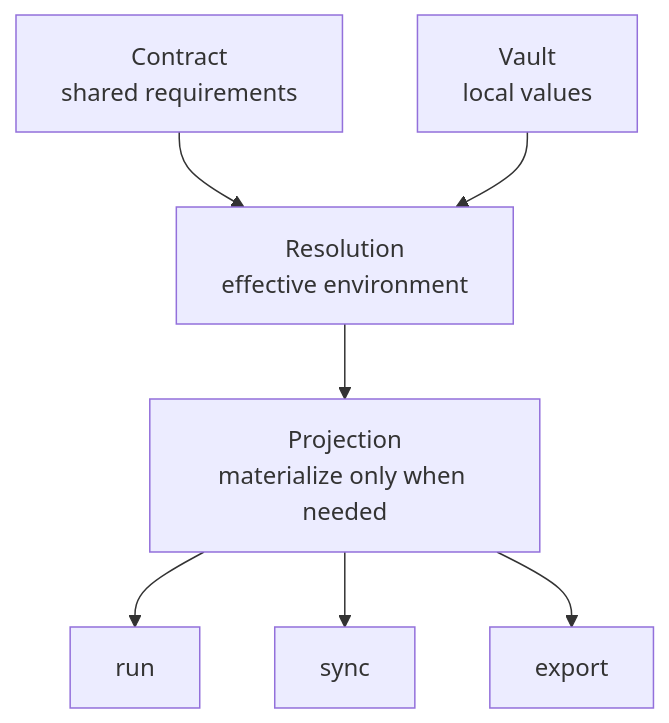
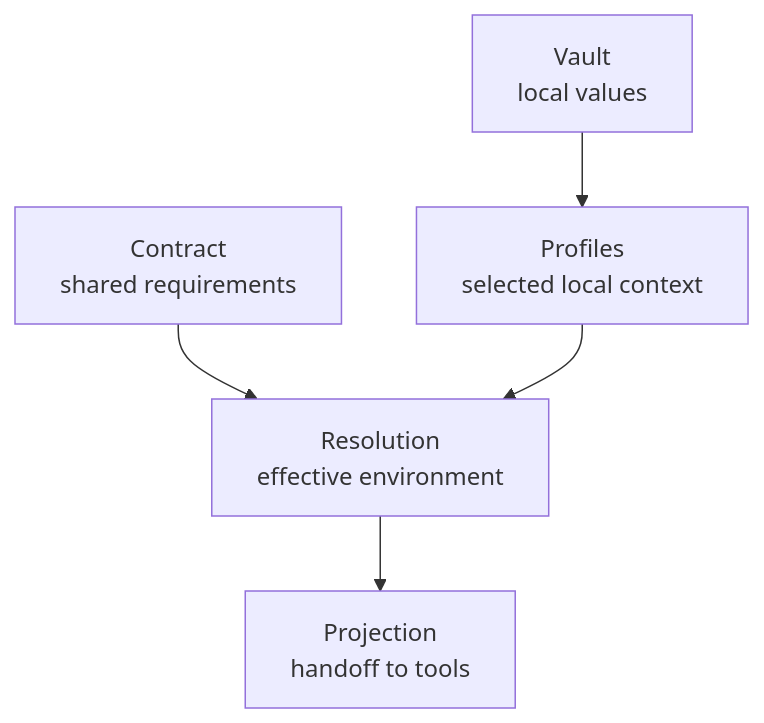
The diagram in docs/concepts/index.md (labrynx/envctl), drawn with Mermaid before and after one commit. The commit also changed other lines of this file and 30 other files, not shown here.

````diff
--- a/docs/concepts/index.md
+++ b/docs/concepts/index.md
@@ -72,17 +24,13 @@
 ```mermaid
 flowchart TD
     contract["Contract<br/>shared requirements"]
     vault["Vault<br/>local values"]
+    profiles["Profiles<br/>selected local context"]
     resolution["Resolution<br/>effective environment"]
-    projection["Projection<br/>materialize only when needed"]
-    run["run"]
-    sync["sync"]
-    export["export"]
+    projection["Projection<br/>handoff to tools"]
 
     contract --> resolution
-    vault --> resolution
+    vault --> profiles
+    profiles --> resolution
     resolution --> projection
-    projection --> run
-    projection --> sync
-    projection --> export
 ```
````
